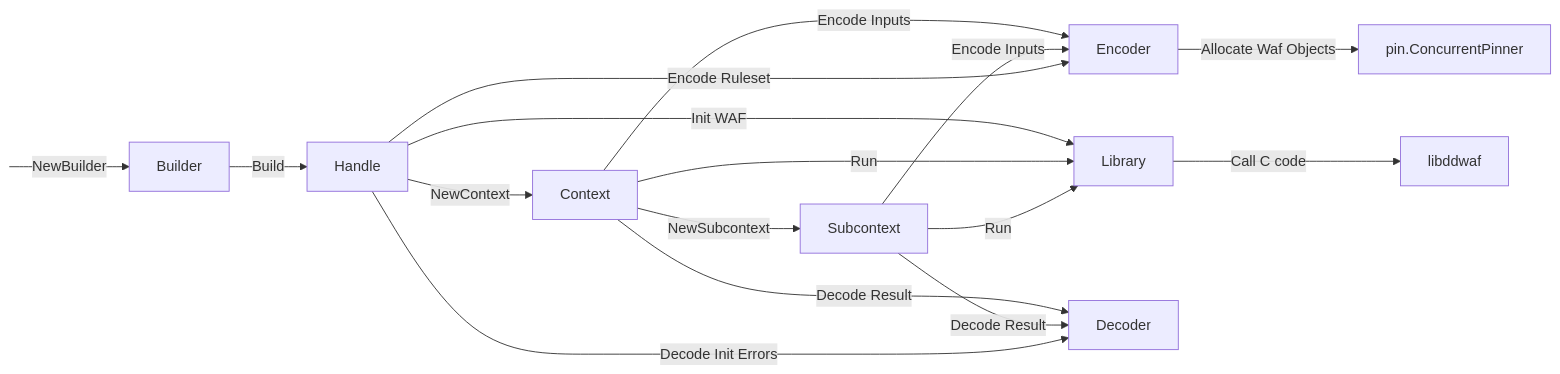
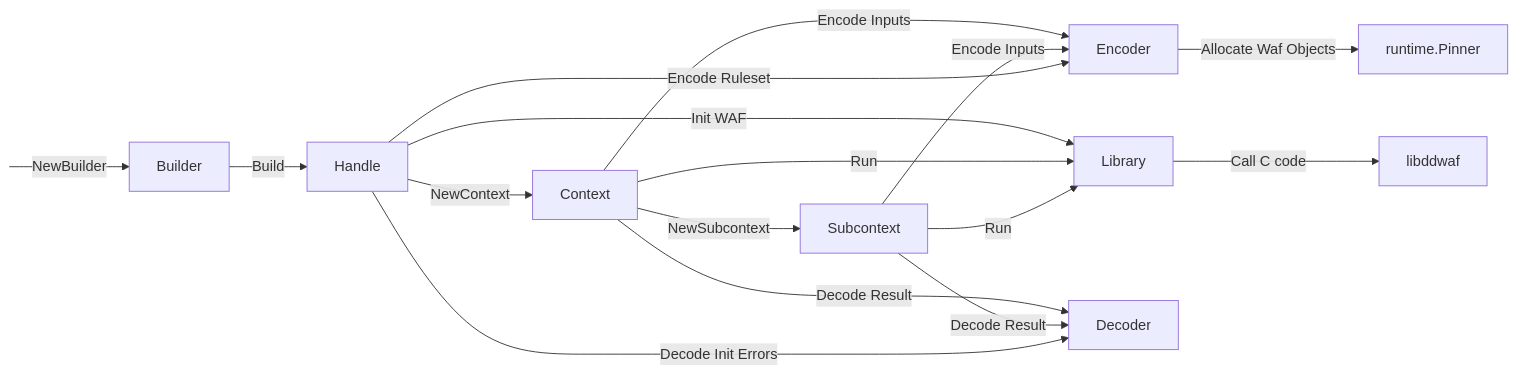
The diagram in README.md (DataDog/go-libddwaf), drawn with Mermaid before and after one commit. The commit also changed other lines of this file and 14 other files, not shown here.

````diff
--- a/README.md
+++ b/README.md
@@ -267,25 +267,25 @@
 ```mermaid
 flowchart LR
     START:::hidden -->|NewBuilder| Builder -->|Build| Handle
 
     Handle -->|NewContext| Context
     Context -->|NewSubcontext| Subcontext
 
     Context -->|Encode Inputs| Encoder
     Subcontext -->|Encode Inputs| Encoder
 
     Handle -->|Encode Ruleset| Encoder
     Handle -->|Init WAF| Library
     Context -->|Decode Result| Decoder
     Subcontext -->|Decode Result| Decoder
 
     Handle -->|Decode Init Errors| Decoder
 
     Context -->|Run| Library
     Subcontext -->|Run| Library
-    Encoder -->|Allocate Waf Objects| pin.ConcurrentPinner
+    Encoder -->|Allocate Waf Objects| runtime.Pinner
 
     Library -->|Call C code| libddwaf
 
     classDef hidden display: none;
 ```
````
